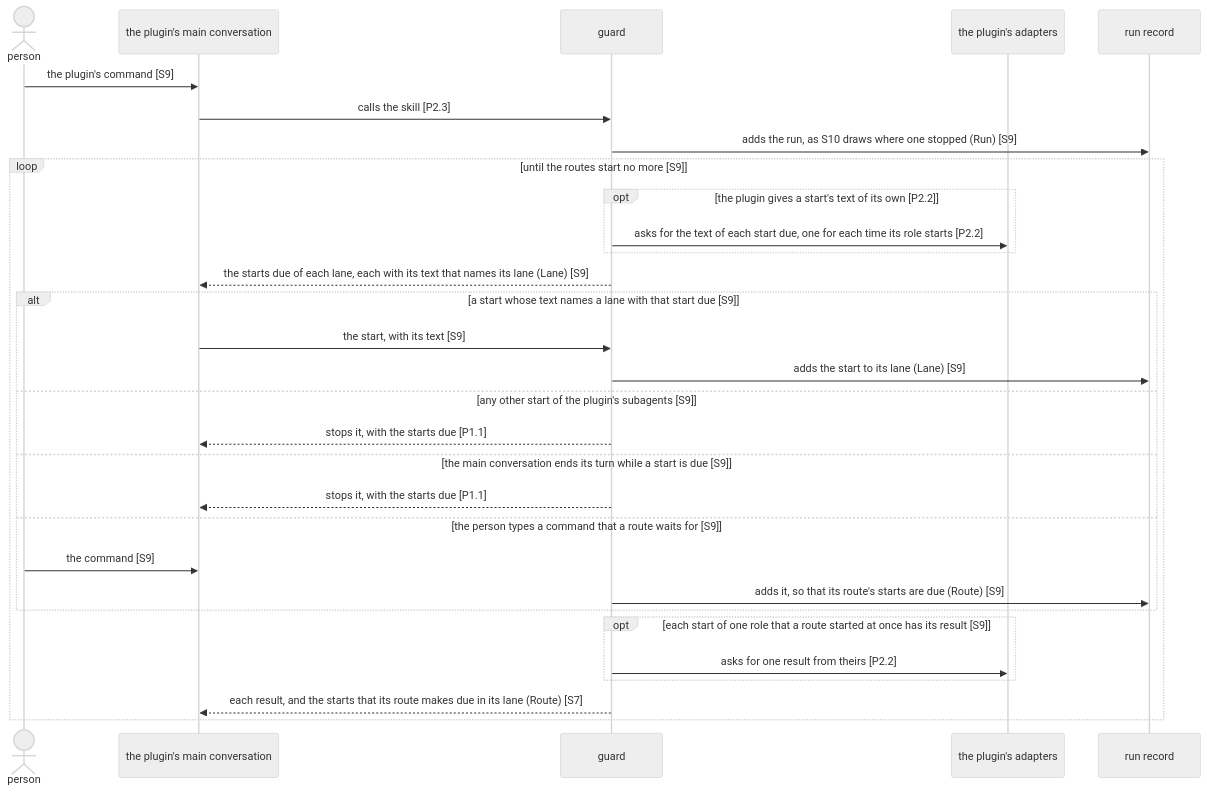
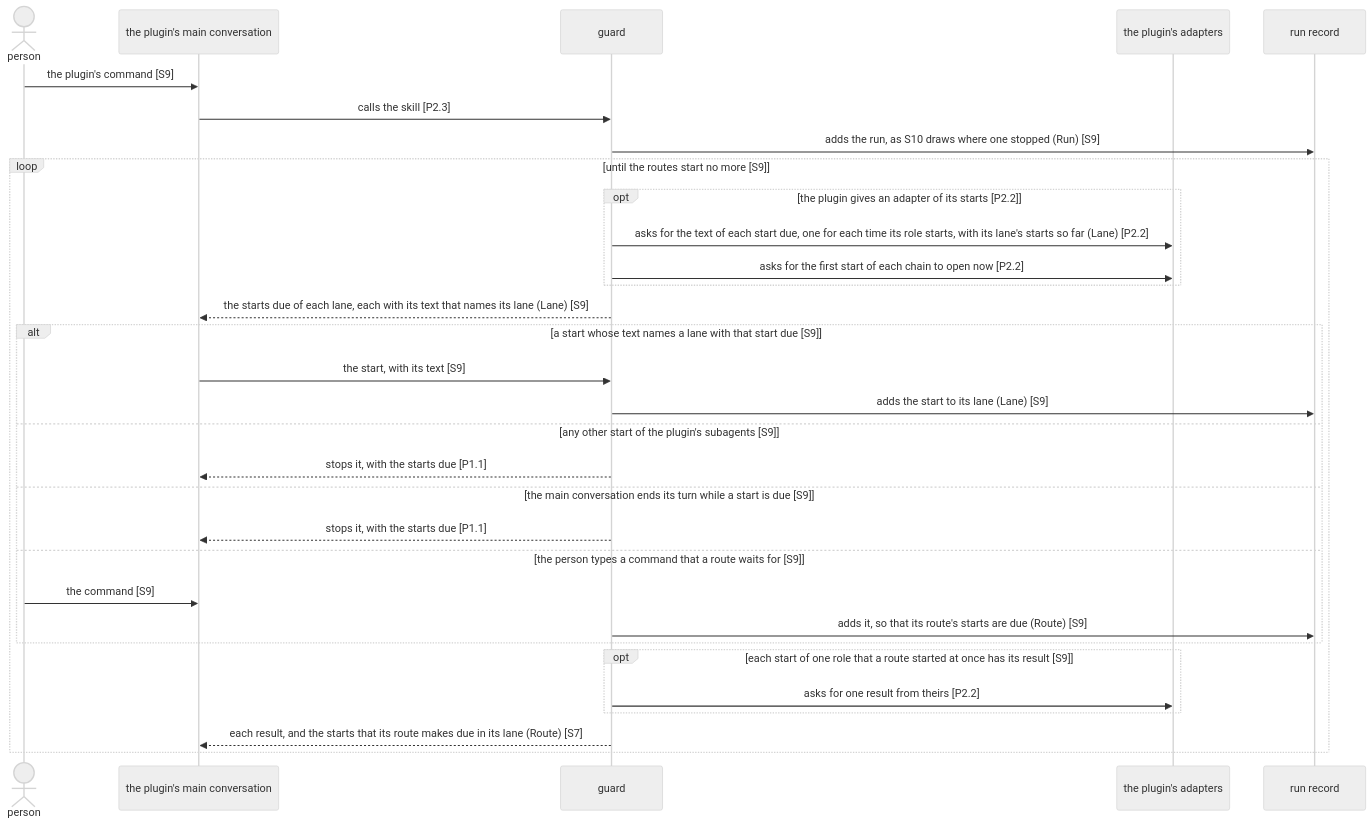
One commit to lovaizu/ccpm changed the first of 2 diagrams in dev/lane/architecture.md. Above: the diagram before and after it, drawn with Mermaid (neutral theme). The commit also changed other lines of this file, not shown here.

````diff
--- a/dev/lane/architecture.md
+++ b/dev/lane/architecture.md
@@ -116,32 +121,33 @@
 ```mermaid
 sequenceDiagram
   actor U as person
   participant M as the plugin's main conversation
   participant G as guard
   participant A as the plugin's adapters
   participant RR as run record
   U->>M: the plugin's command [S9]
   M->>G: calls the skill [P2.3]
   G->>RR: adds the run, as S10 draws where one stopped (Run) [S9]
   loop until the routes start no more [S9]
-    opt the plugin gives a start's text of its own [P2.2]
-      G->>A: asks for the text of each start due, one for each time its role starts [P2.2]
+    opt the plugin gives an adapter of its starts [P2.2]
+      G->>A: asks for the text of each start due, one for each time its role starts, with its lane's starts so far (Lane) [P2.2]
+      G->>A: asks for the first start of each chain to open now [P2.2]
     end
     G-->>M: the starts due of each lane, each with its text that names its lane (Lane) [S9]
     alt a start whose text names a lane with that start due [S9]
       M->>G: the start, with its text [S9]
       G->>RR: adds the start to its lane (Lane) [S9]
     else any other start of the plugin's subagents [S9]
       G-->>M: stops it, with the starts due [P1.1]
     else the main conversation ends its turn while a start is due [S9]
       G-->>M: stops it, with the starts due [P1.1]
     else the person types a command that a route waits for [S9]
       U->>M: the command [S9]
       G->>RR: adds it, so that its route's starts are due (Route) [S9]
     end
     opt each start of one role that a route started at once has its result [S9]
       G->>A: asks for one result from theirs [P2.2]
     end
     G-->>M: each result, and the starts that its route makes due in its lane (Route) [S7]
   end
 ```
````
